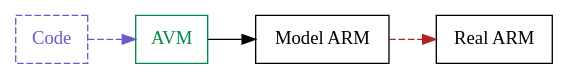
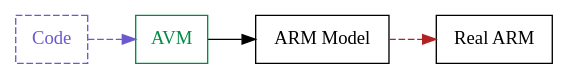
One commit to janmasrovira/goose-presentation changed the third of 3 diagrams in slides.org. Above: the diagram before and after it, drawn with Graphviz. The commit also changed other lines of this file and 4 other files, not shown here.

```diff
--- a/slides.org
+++ b/slides.org
@@ -107,16 +142,16 @@
 #+begin_src dot :file img/layers2.pdf :cmdline -Tpdf :exports none
 digraph G {
     node [shape=box];
 
     Concrete [label="Code", style=dashed; color=slateblue; fontcolor=slateblue];
     AVM [label="AVM"; color=springgreen4; fontcolor=springgreen4];
-    SARM [label="Model ARM"];
+    SARM [label="ARM Model"];
     ARM [label="Real ARM"];
 
     { rank=same; Concrete; AVM; SARM; ARM }
 
     Concrete -> AVM [style=dashed; color=slateblue; minlen=2];
     AVM -> SARM [minlen=2];
     SARM -> ARM [style=dashed; color=firebrick; minlen=2];
 }
 #+end_src
```
